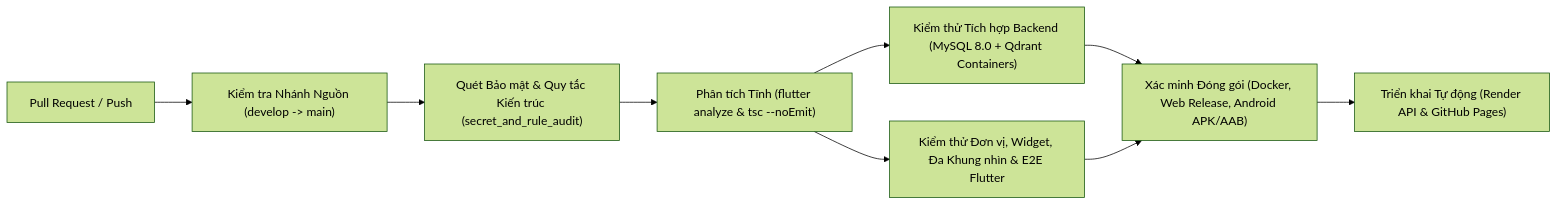
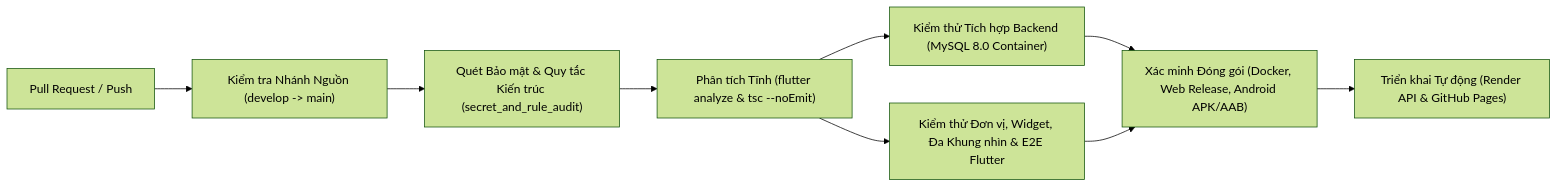
Before and after one commit to DangKimAn/Software-Project-Management: the third of 3 diagrams in README.md, drawn with Mermaid (forest theme). The commit also changed other lines of this file and 64 other files, not shown here.

First line of the commit message:
fix(search): remove semantic search and Qdrant integration across backend and Flutter

````diff
--- a/README.md
+++ b/README.md
@@ -354,11 +349,11 @@
 ```mermaid
 flowchart LR
     PR["Pull Request / Push"] --> BranchGuard["Kiểm tra Nhánh Nguồn (develop -> main)"]
     BranchGuard --> Audit["Quét Bảo mật & Quy tắc Kiến trúc (secret_and_rule_audit)"]
     Audit --> StaticCheck["Phân tích Tĩnh (flutter analyze & tsc --noEmit)"]
-    StaticCheck --> BackendTests["Kiểm thử Tích hợp Backend (MySQL 8.0 + Qdrant Containers)"]
+    StaticCheck --> BackendTests["Kiểm thử Tích hợp Backend (MySQL 8.0 Container)"]
     StaticCheck --> FlutterTests["Kiểm thử Đơn vị, Widget, Đa Khung nhìn & E2E Flutter"]
     BackendTests --> BuildVerify["Xác minh Đóng gói (Docker, Web Release, Android APK/AAB)"]
     FlutterTests --> BuildVerify
     BuildVerify --> Deploy["Triển khai Tự động (Render API & GitHub Pages)"]
 ```
````
